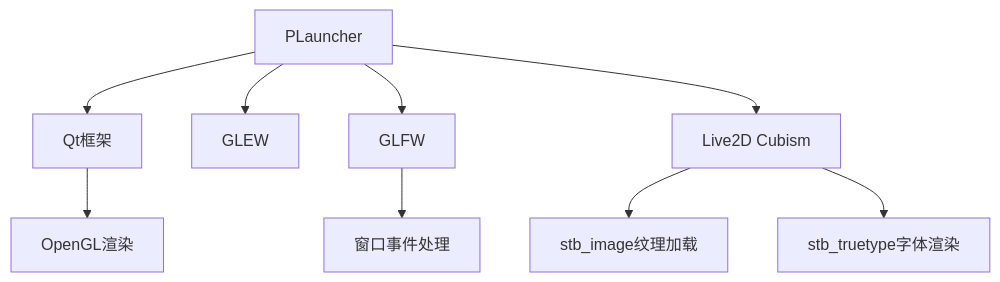
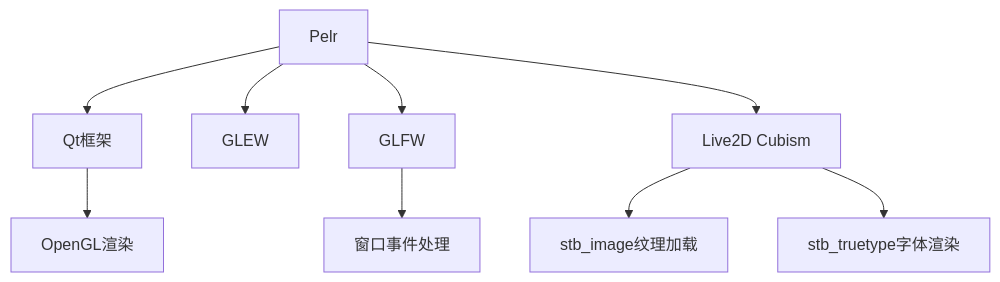
Before and after one commit to csy214-beep/Pelr: the diagram in docs/Cpp-工具链.md, drawn with Mermaid. The commit also changed other lines of this file and 92 other files, not shown here.

Commit message:
refactor: rename project Plauncher to Pelr

````diff
--- a/docs/Cpp-工具链.md
+++ b/docs/Cpp-工具链.md
@@ -66,11 +66,11 @@
 ```mermaid
 graph TD
-    A[PLauncher] --> B[Qt框架]
+    A[Pelr] --> B[Qt框架]
     A --> C[GLEW]
     A --> D[GLFW]
     A --> E[Live2D Cubism]
     B --> F[OpenGL渲染]
     E --> G[stb_image纹理加载]
     E --> H[stb_truetype字体渲染]
     D --> I[窗口事件处理]
 ```
````
